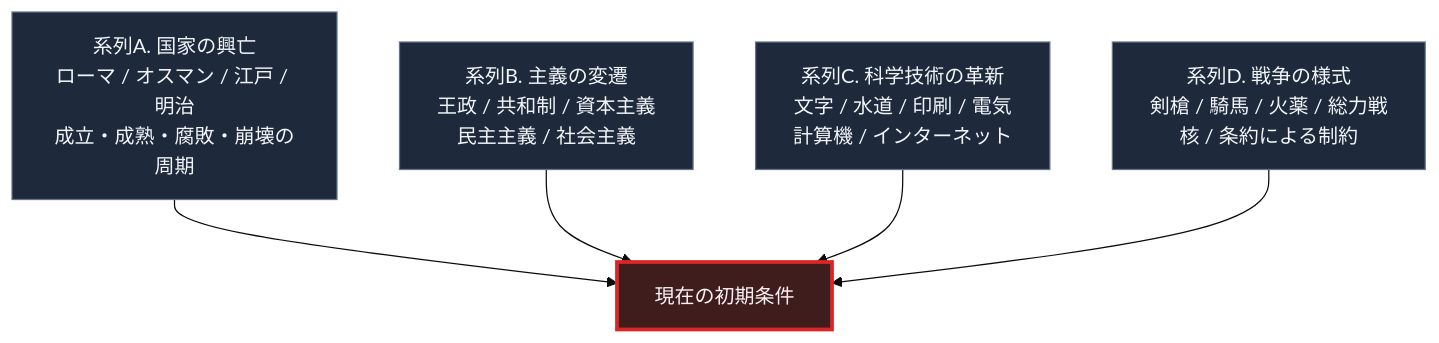
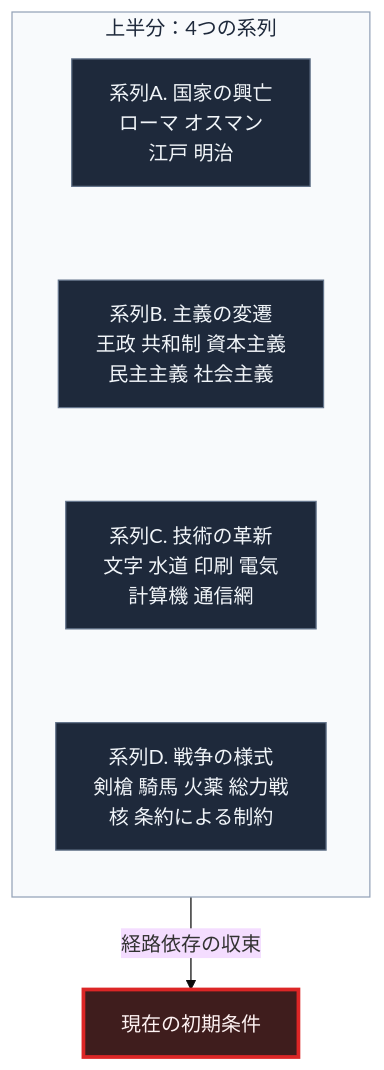
The first of 3 diagrams in books/sovereign-resilience-blueprint/00_tldr.md (Takenori-Kusaka/zenn-content), drawn with Mermaid (base theme) before and after one commit. The commit also changed other lines of this file and 114 other files, not shown here.

````diff
--- a/books/sovereign-resilience-blueprint/00_tldr.md
+++ b/books/sovereign-resilience-blueprint/00_tldr.md
@@ -44,18 +35,17 @@
 ```mermaid
 flowchart TD
-    S1[系列A. 国家の興亡<br>ローマ / オスマン / 江戸 / 明治<br>成立・成熟・腐敗・崩壊の周期]
-    S2[系列B. 主義の変遷<br>王政 / 共和制 / 資本主義<br>民主主義 / 社会主義]
-    S3[系列C. 科学技術の革新<br>文字 / 水道 / 印刷 / 電気<br>計算機 / インターネット]
-    S4[系列D. 戦争の様式<br>剣槍 / 騎馬 / 火薬 / 総力戦<br>核 / 条約による制約]
+    subgraph G[上半分：4つの系列]
+        direction TB
+        S1[系列A. 国家の興亡<br>ローマ オスマン<br>江戸 明治] ~~~ S2[系列B. 主義の変遷<br>王政 共和制 資本主義<br>民主主義 社会主義]
+        S2 ~~~ S3[系列C. 技術の革新<br>文字 水道 印刷 電気<br>計算機 通信網]
+        S3 ~~~ S4[系列D. 戦争の様式<br>剣槍 騎馬 火薬 総力戦<br>核 条約による制約]
+    end
+    G -->|経路依存の収束| N[現在の初期条件]
 
-    S1 --> N[現在の初期条件]
-    S2 --> N
-    S3 --> N
-    S4 --> N
-
+    style G fill:#f8fafc,stroke:#94a3b8,color:#1e293b
     style S1 fill:#1e293b,stroke:#64748b,color:#f1f5f9
     style S2 fill:#1e293b,stroke:#64748b,color:#f1f5f9
     style S3 fill:#1e293b,stroke:#64748b,color:#f1f5f9
     style S4 fill:#1e293b,stroke:#64748b,color:#f1f5f9
     style N fill:#3f1d1d,stroke:#dc2626,stroke-width:3px,color:#fef2f2
 ```
````
